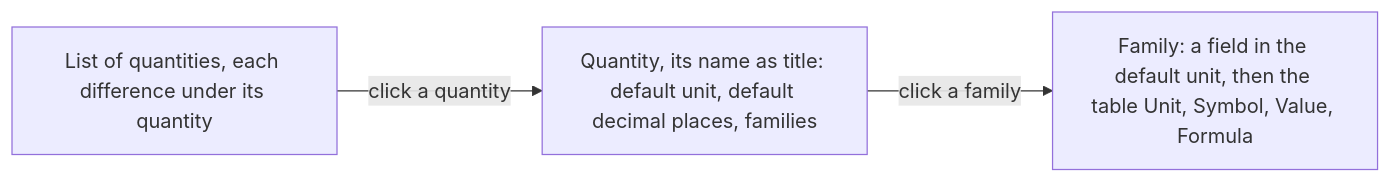
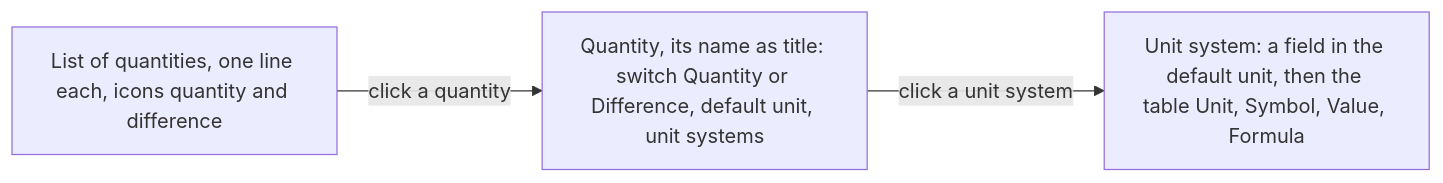
Before and after one commit to AlexandreGallais/synoptic-studio-spec: diagram 30 of 52 in metadata/draft.md, drawn with Mermaid. The commit also changed other lines of this file and 4 other files, not shown here.

````diff
--- a/metadata/draft.md
+++ b/metadata/draft.md
@@ -792,5 +790,5 @@
 ```mermaid
 flowchart LR
-    L["List of quantities, each difference under its quantity"] -->|"click a quantity"| Q["Quantity, its name as title: default unit, default decimal places, families"]
-    Q -->|"click a family"| F["Family: a field in the default unit, then the table Unit, Symbol, Value, Formula"]
+    L["List of quantities, one line each, icons quantity and difference"] -->|"click a quantity"| Q["Quantity, its name as title: switch Quantity or Difference, default unit, unit systems"]
+    Q -->|"click a unit system"| F["Unit system: a field in the default unit, then the table Unit, Symbol, Value, Formula"]
 ```
````
